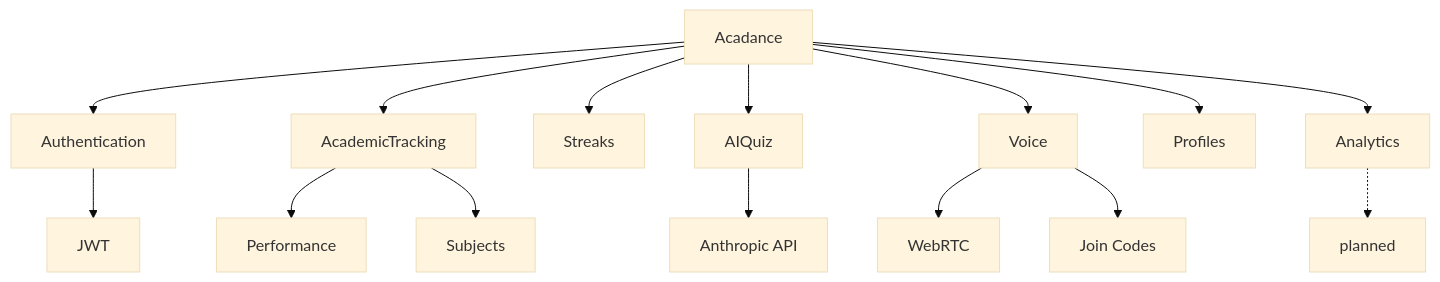
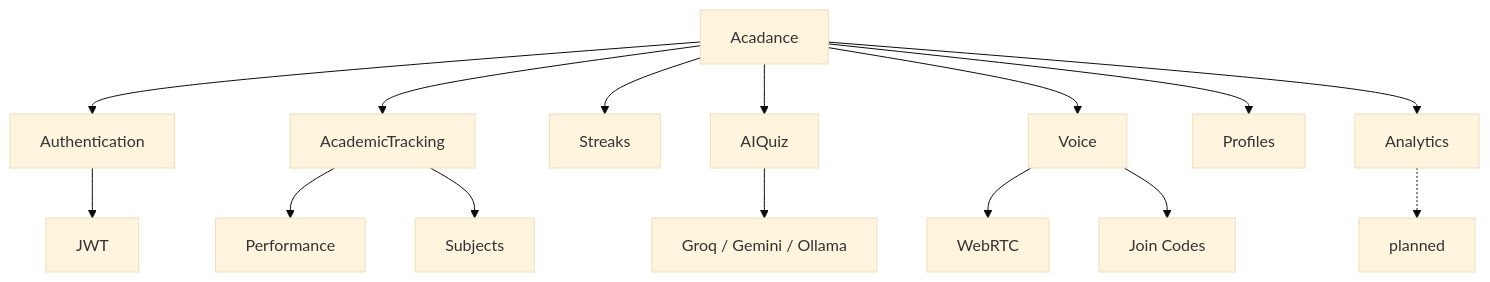
The fourth of 4 diagrams in saics/README.md (ashleythabang47-cloud/Acadance-), drawn with Mermaid (base theme) before and after one commit. The commit also changed other lines of this file and 55 other files, not shown here.

````diff
--- a/saics/README.md
+++ b/saics/README.md
@@ -304,18 +317,18 @@
 ```mermaid
 graph TD
     Acadance --> Authentication
     Acadance --> AcademicTracking
     Acadance --> Streaks
     Acadance --> AIQuiz
     Acadance --> Voice
     Acadance --> Profiles
     Acadance --> Analytics
 
     Authentication --> JWT
     AcademicTracking --> Performance
     AcademicTracking --> Subjects
-    AIQuiz --> AnthropicAPI[Anthropic API]
+    AIQuiz --> AIProviders[Groq / Gemini / Ollama]
     Voice --> WebRTC
     Voice --> JoinCodes[Join Codes]
     Analytics -.-> Prediction[planned]
 ```
````
